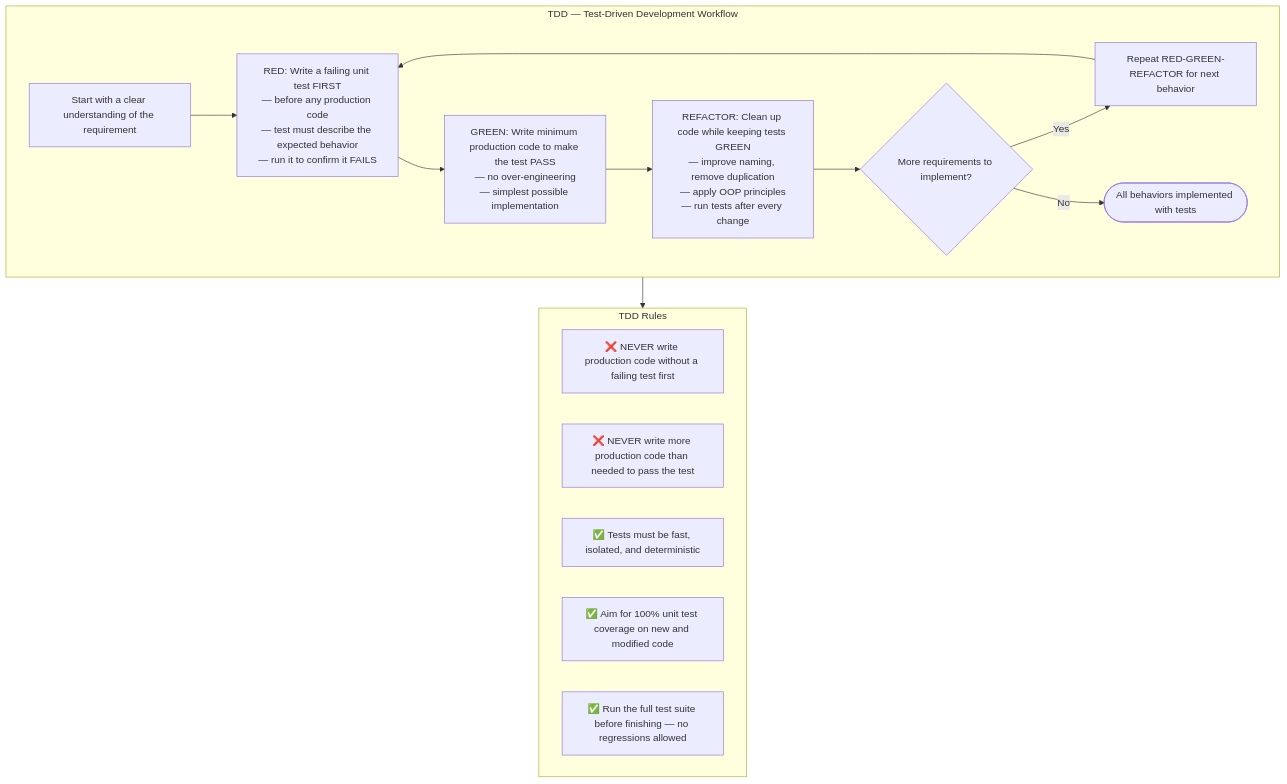
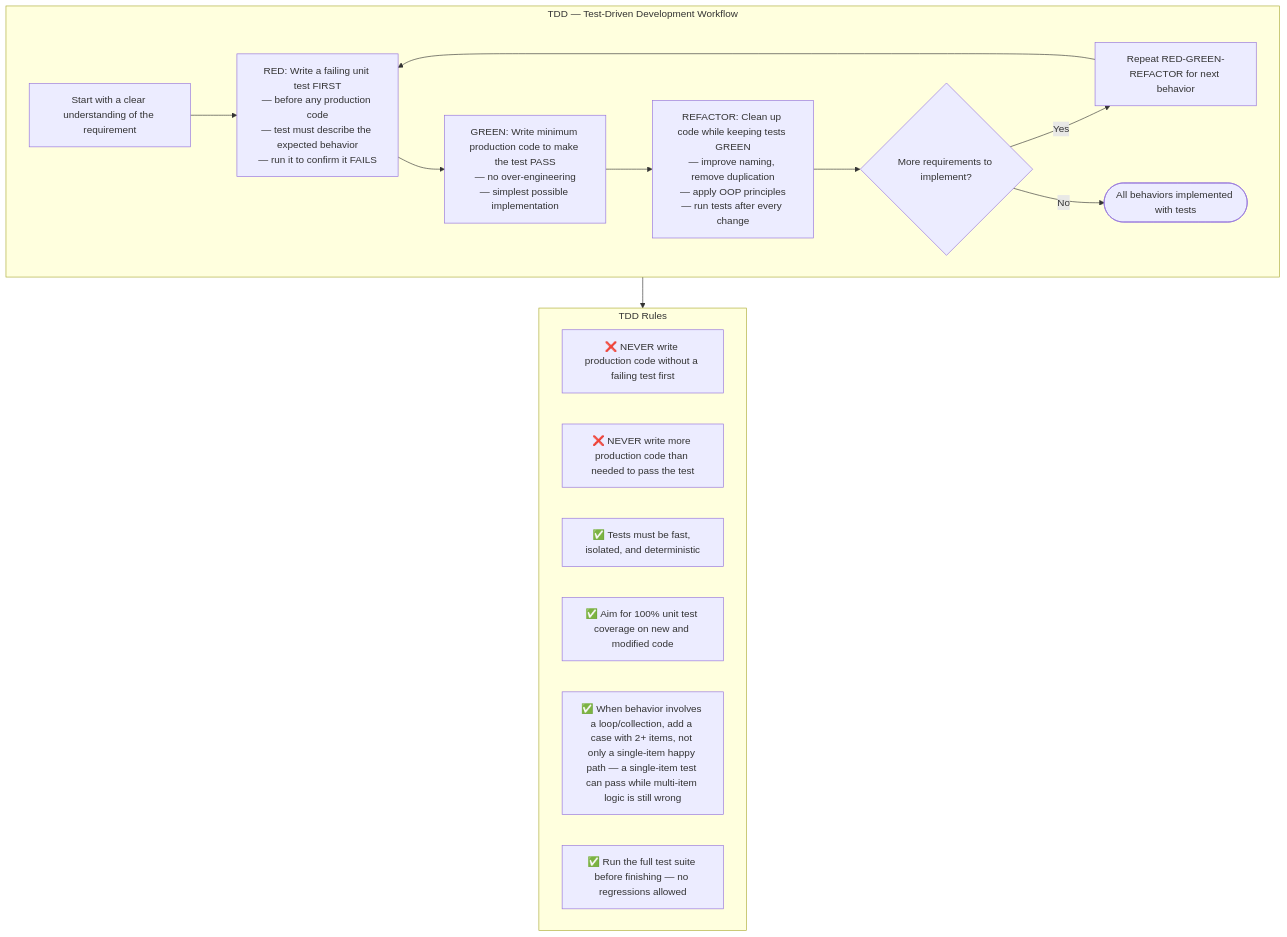
One commit to IstiN/dmtools-agents changed the fourth of 10 diagrams in snapshots/story_development.md. Above: the diagram before and after it, drawn with Mermaid. The commit also changed other lines of this file and 30 other files, not shown here.

````diff
--- a/snapshots/story_development.md
+++ b/snapshots/story_development.md
@@ -109,24 +112,25 @@
 ```mermaid
 flowchart TD
     subgraph TDD["TDD — Test-Driven Development Workflow"]
         T0["Start with a clear understanding of the requirement"]
         T1["RED: Write a failing unit test FIRST<br/>— before any production code<br/>— test must describe the expected behavior<br/>— run it to confirm it FAILS"]
         T2["GREEN: Write minimum production code to make the test PASS<br/>— no over-engineering<br/>— simplest possible implementation"]
         T3["REFACTOR: Clean up code while keeping tests GREEN<br/>— improve naming, remove duplication<br/>— apply OOP principles<br/>— run tests after every change"]
         T4{"More requirements to implement?"}
         T5["Repeat RED-GREEN-REFACTOR for next behavior"]
         T0 --> T1 --> T2 --> T3 --> T4
         T4 -->|Yes| T5 --> T1
         T4 -->|No| DONE([All behaviors implemented with tests])
     end
 
     subgraph RULES["TDD Rules"]
         R1["❌ NEVER write production code without a failing test first"]
         R2["❌ NEVER write more production code than needed to pass the test"]
         R3["✅ Tests must be fast, isolated, and deterministic"]
         R4["✅ Aim for 100% unit test coverage on new and modified code"]
-        R5["✅ Run the full test suite before finishing — no regressions allowed"]
+        R5["✅ When behavior involves a loop/collection, add a case with 2+ items, not only a single-item happy path — a single-item test can pass while multi-item logic is still wrong"]
+        R6["✅ Run the full test suite before finishing — no regressions allowed"]
     end
 
     TDD --> RULES
 ```
````
